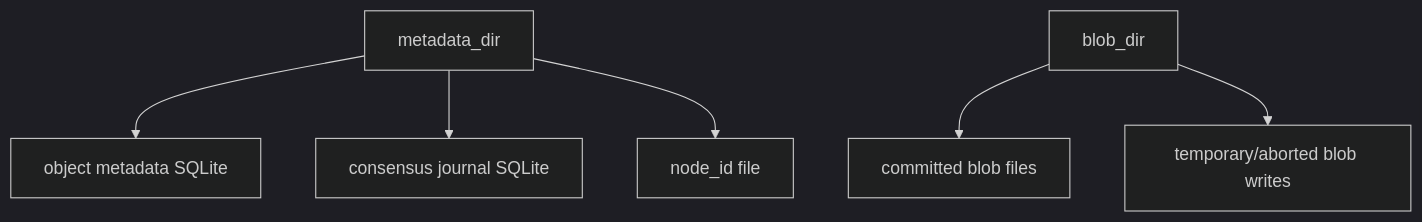
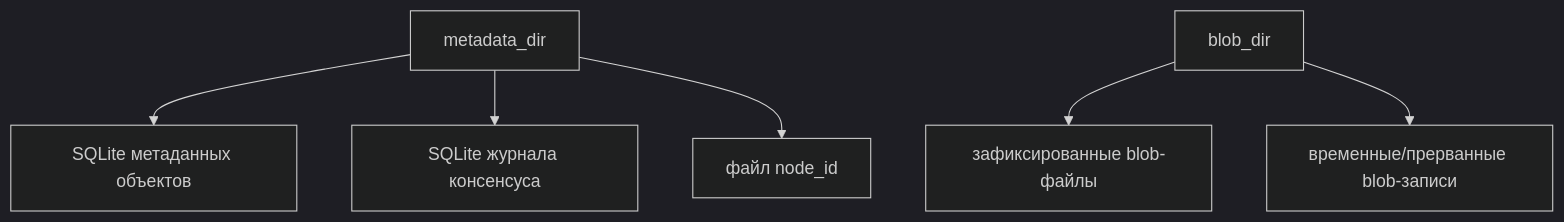
The fourth of 5 diagrams in docs/architecture.md (Bromles/so3), drawn with Mermaid (dark theme) before and after one commit. The commit also changed other lines of this file and 6 other files, not shown here.

````diff
--- a/docs/architecture.md
+++ b/docs/architecture.md
@@ -131,8 +132,8 @@
 ```mermaid
 flowchart TB
-    metadata_dir["metadata_dir"] --> object_db["object metadata SQLite"]
-    metadata_dir --> journal_db["consensus journal SQLite"]
-    metadata_dir --> node_id["node_id file"]
-    blob_dir["blob_dir"] --> blobs["committed blob files"]
-    blob_dir --> temp["temporary/aborted blob writes"]
+    metadata_dir["metadata_dir"] --> object_db["SQLite метаданных объектов"]
+    metadata_dir --> journal_db["SQLite журнала консенсуса"]
+    metadata_dir --> node_id["файл node_id"]
+    blob_dir["blob_dir"] --> blobs["зафиксированные blob-файлы"]
+    blob_dir --> temp["временные/прерванные blob-записи"]
 ```
````
